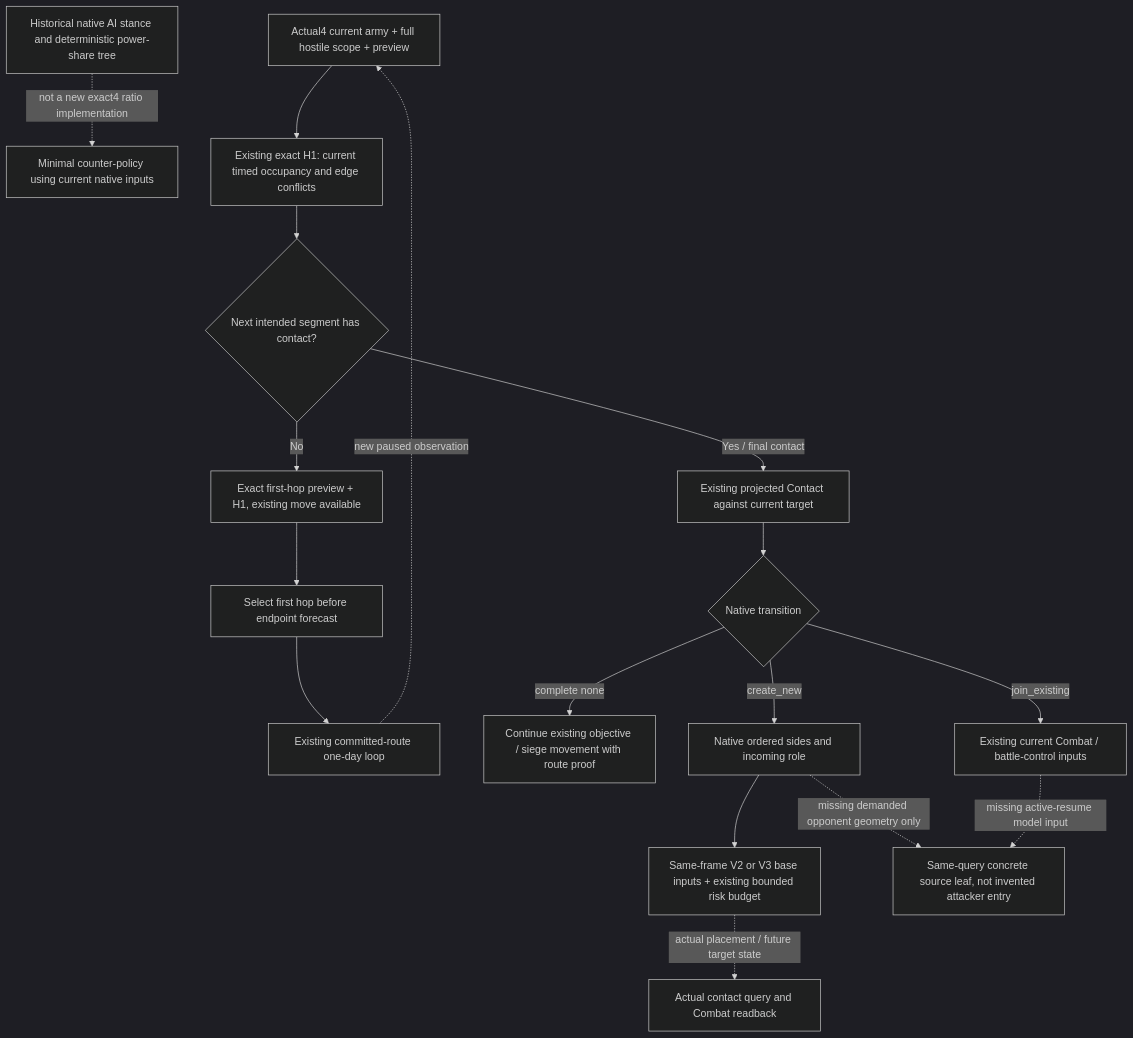
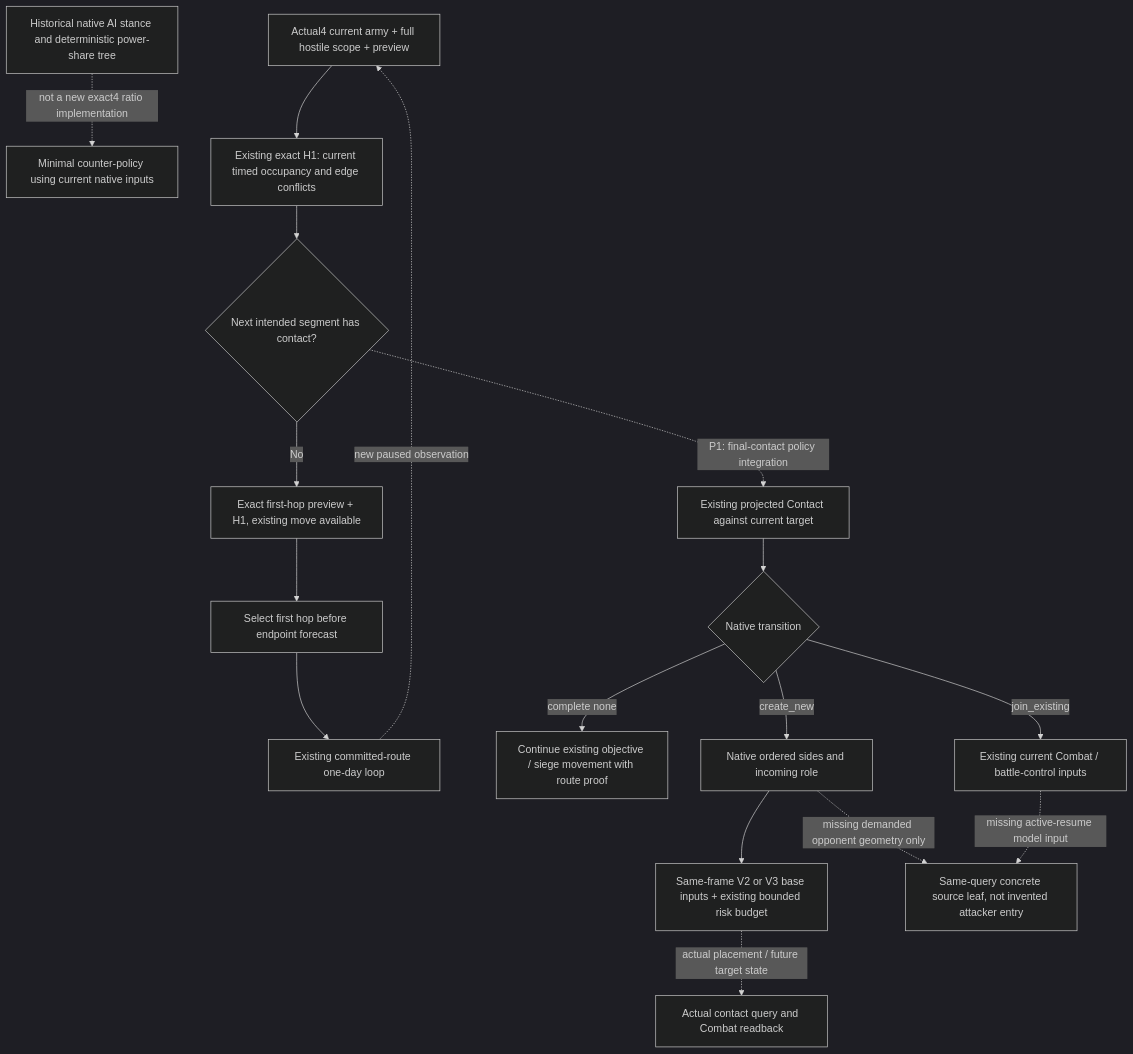
One commit to XenoAmess/ck3_eternal_recurrence changed the diagram in docs/ck3-native-ai/g2-contact-versus-first-hop-12004.md. Above: the diagram before and after it, drawn with Mermaid (dark theme). The commit also changed other lines of this file, not shown here.

````diff
--- a/docs/ck3-native-ai/g2-contact-versus-first-hop-12004.md
+++ b/docs/ck3-native-ai/g2-contact-versus-first-hop-12004.md
@@ -23,19 +25,19 @@
 ```mermaid
 flowchart TD
   H[Historical native AI stance and deterministic power-share tree] -. not a new exact4 ratio implementation .-> P[Minimal counter-policy using current native inputs]
   N[Actual4 current army + full hostile scope + preview] --> T[Existing exact H1: current timed occupancy and edge conflicts]
   T --> C{Next intended segment has contact?}
   C -->|No| F[Exact first-hop preview + H1, existing move available]
   F --> M[Select first hop before endpoint forecast]
   M --> D[Existing committed-route one-day loop]
-  C -->|Yes / final contact| Q[Existing projected Contact against current target]
+  C -. P1: final-contact policy integration .-> Q[Existing projected Contact against current target]
   Q --> R{Native transition}
   R -->|complete none| S[Continue existing objective / siege movement with route proof]
   R -->|create_new| O[Native ordered sides and incoming role]
   O --> B[Same-frame V2 or V3 base inputs + existing bounded risk budget]
   R -->|join_existing| A[Existing current Combat / battle-control inputs]
   O -. missing demanded opponent geometry only .-> U[Same-query concrete source leaf, not invented attacker entry]
   A -. missing active-resume model input .-> U
   D -. new paused observation .-> N
   B -. actual placement / future target state .-> X[Actual contact query and Combat readback]
 ```
````
